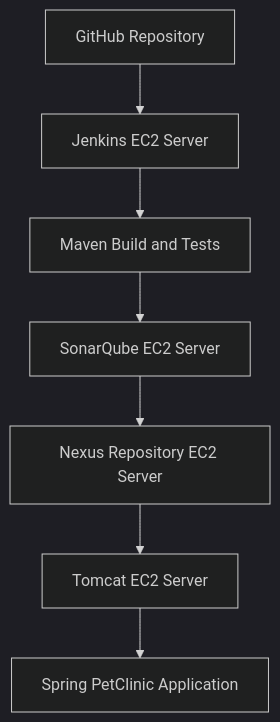
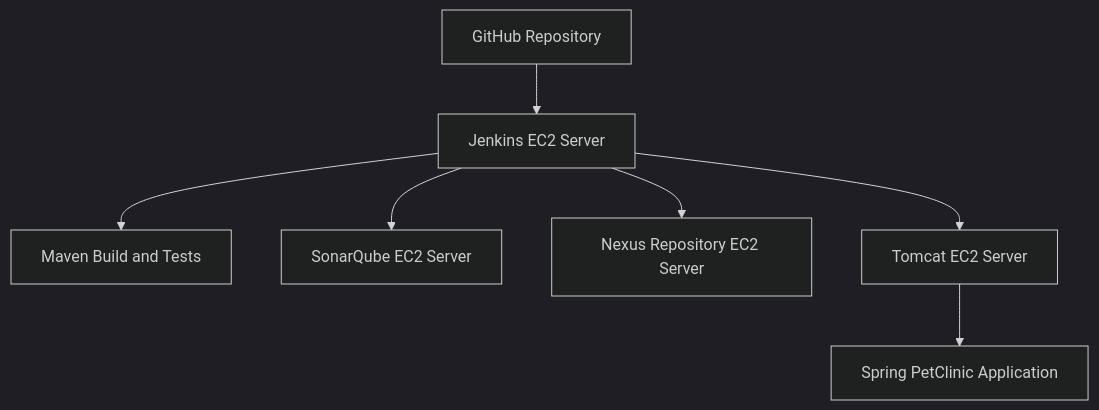
One commit to yash02604/AWS-EC2-Based-CI-CD-Pipeline-Automation changed the diagram in readme.md. Above: the diagram before and after it, drawn with Mermaid (dark theme). The commit also changed other lines of this file, not shown here.

Commit message:
Uploaded Diagram

````diff
--- a/readme.md
+++ b/readme.md
@@ -36,9 +38,9 @@
 ```mermaid
 flowchart TD
-    A[GitHub Repository] --> B[Jenkins EC2 Server]
-    B --> C[Maven Build and Tests]
-    C --> D[SonarQube EC2 Server]
-    D --> E[Nexus Repository EC2 Server]
-    E --> F[Tomcat EC2 Server]
-    F --> G[Spring PetClinic Application]
+    A["GitHub Repository"] --> B["Jenkins EC2 Server"]
+    B --> C["Maven Build and Tests"]
+    B --> D["SonarQube EC2 Server"]
+    B --> E["Nexus Repository EC2 Server"]
+    B --> F["Tomcat EC2 Server"]
+    F --> G["Spring PetClinic Application"]
 ```
````
